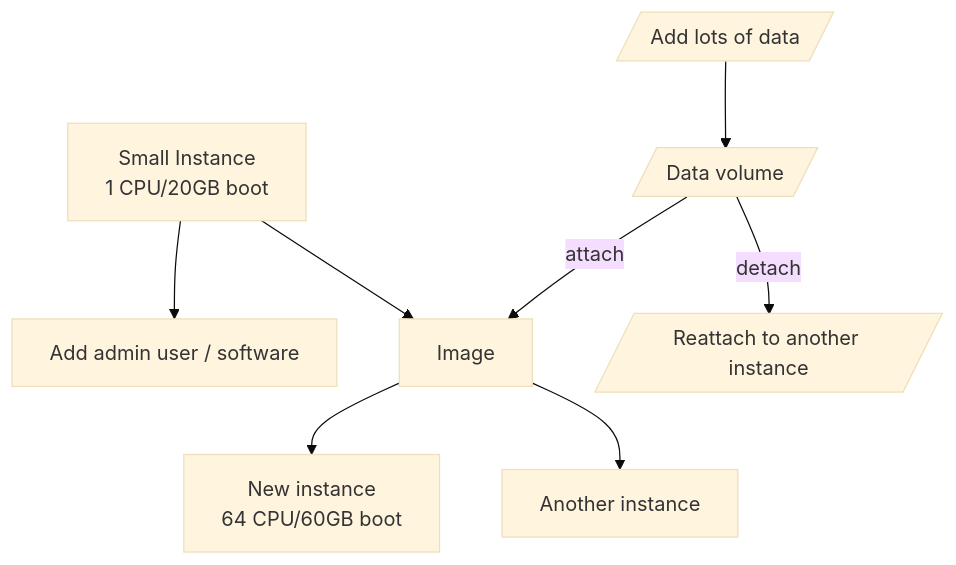
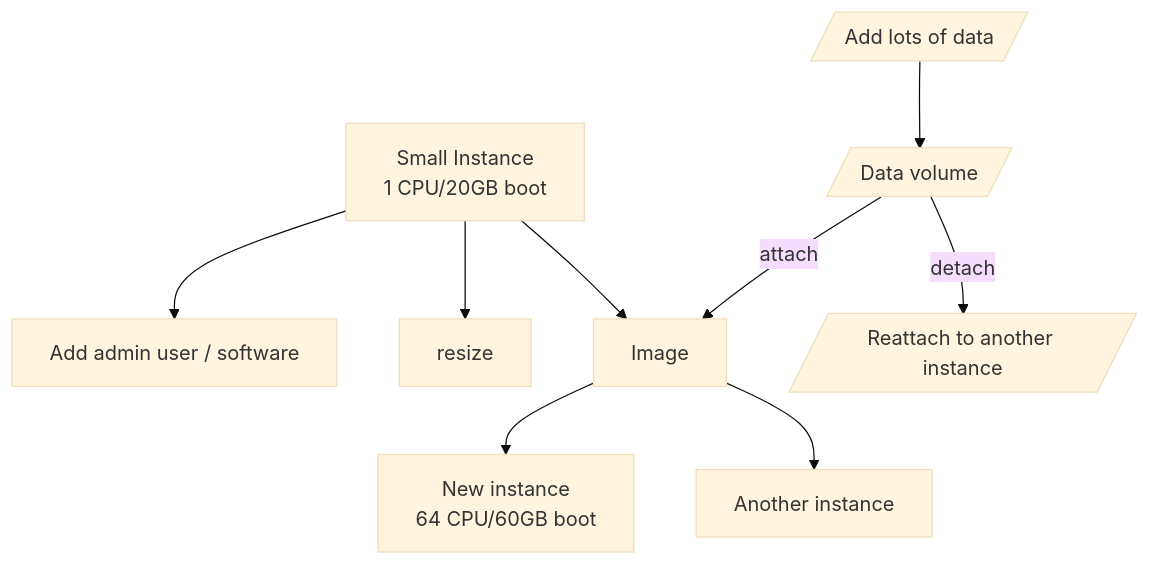
Before and after one commit to AntibodyEngineers/2024-Antibodies-and-AI: the diagram in getting-started.md, drawn with Mermaid (base theme).

````diff
--- a/getting-started.md
+++ b/getting-started.md
@@ -7,10 +7,11 @@
 ```mermaid
     flowchart TD
     
     A[Small Instance<br/>1 CPU/20GB boot] --> B[Add admin user / software]
+    A --> I[resize]
     A --> C[Image] --> D[New instance<br/>64 CPU/60GB boot]
     E[/Data volume/]
     E -- attach --> C
     C --> H[Another instance]
     F[/Add lots of data/] --> E -- detach --> G[/Reattach to another instance/]
 ```
````
